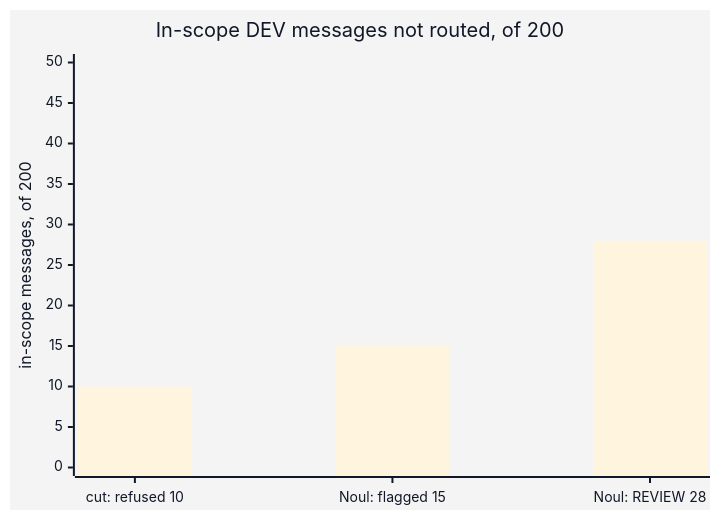
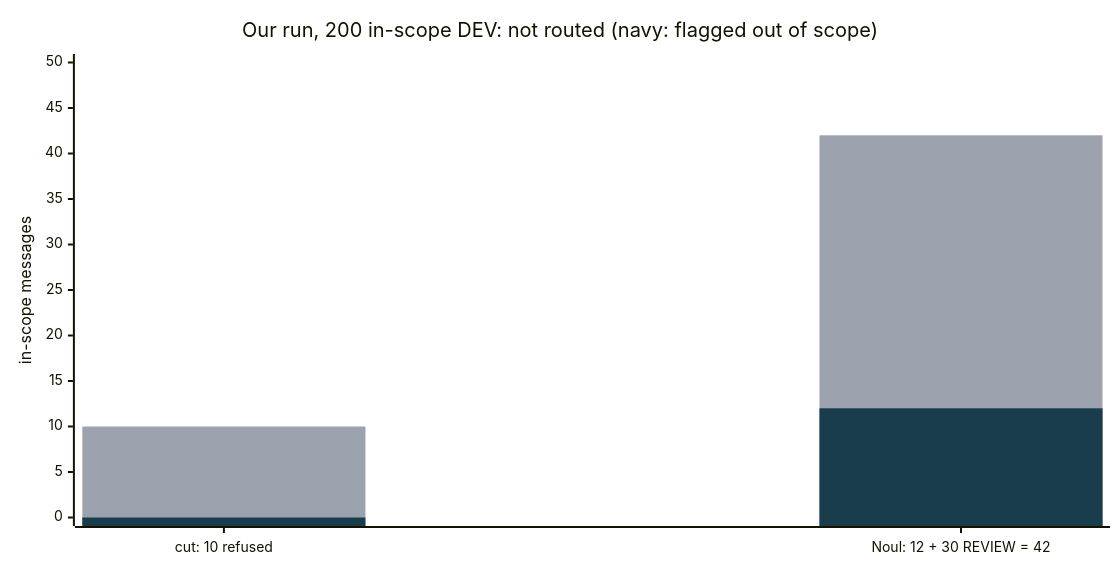
Before and after one commit to axel-sirota/getting_started_jev: the diagram in course/diagrams/module_03/p2-demo-cost.mmd, drawn with Mermaid. The commit also changed 41 other files, not shown here.

Commit message:
Module 3: notebooks and diagrams

```diff
--- a/course/diagrams/module_03/p2-demo-cost.mmd
+++ b/course/diagrams/module_03/p2-demo-cost.mmd
@@ -1,6 +1,8 @@
 %%{init: {"theme": "base", "themeVariables": {"fontFamily": "Inter, sans-serif", "primaryColor": "#ECF8F6", "primaryBorderColor": "#40B8A6", "primaryTextColor": "#111827", "lineColor": "#1A3D4D", "secondaryColor": "#F9FAFB", "tertiaryColor": "#FFFFFF", "clusterBkg": "#F9FAFB", "clusterBorder": "#D1D5DB", "actorBkg": "#ECF8F6", "actorBorder": "#40B8A6", "noteBkgColor": "#FFF6DA", "noteBorderColor": "#E0B84C"}}}%%
+%%{init: {"themeVariables": {"xyChart": {"plotColorPalette": "#9CA3AF, #1A3D4D"}}, "xyChart": {"width": 1100, "height": 550}}}%%
 xychart-beta
-  title "In-scope DEV messages not routed, of 200"
-  x-axis ["cut: refused 10", "Noul: flagged 15", "Noul: REVIEW 28"]
-  y-axis "in-scope messages, of 200" 0 --> 50
-  bar [10, 15, 28]
+  title "Our run, 200 in-scope DEV: not routed (navy: flagged out of scope)"
+  x-axis ["cut: 10 refused", "Noul: 12 + 30 REVIEW = 42"]
+  y-axis "in-scope messages" 0 --> 50
+  bar [10, 42]
+  bar [0, 12]
```
